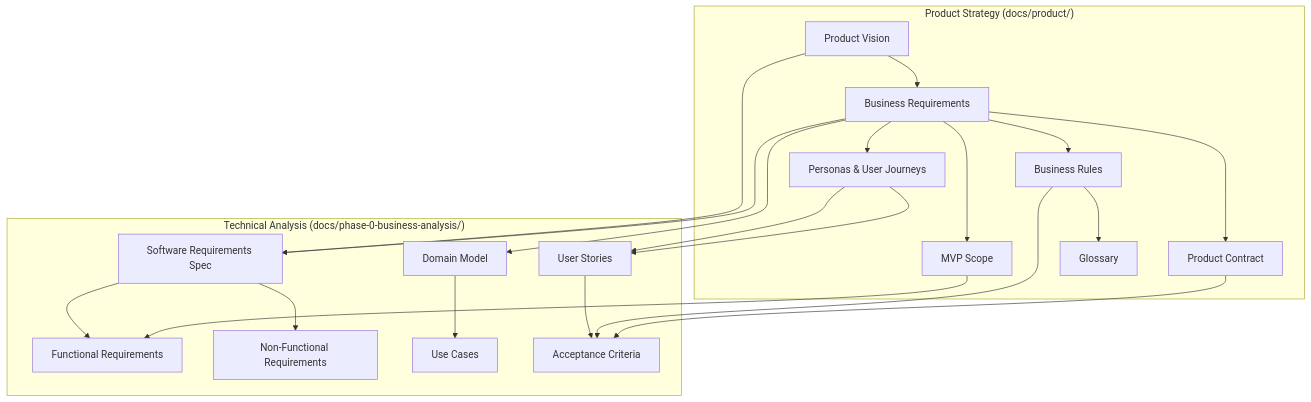
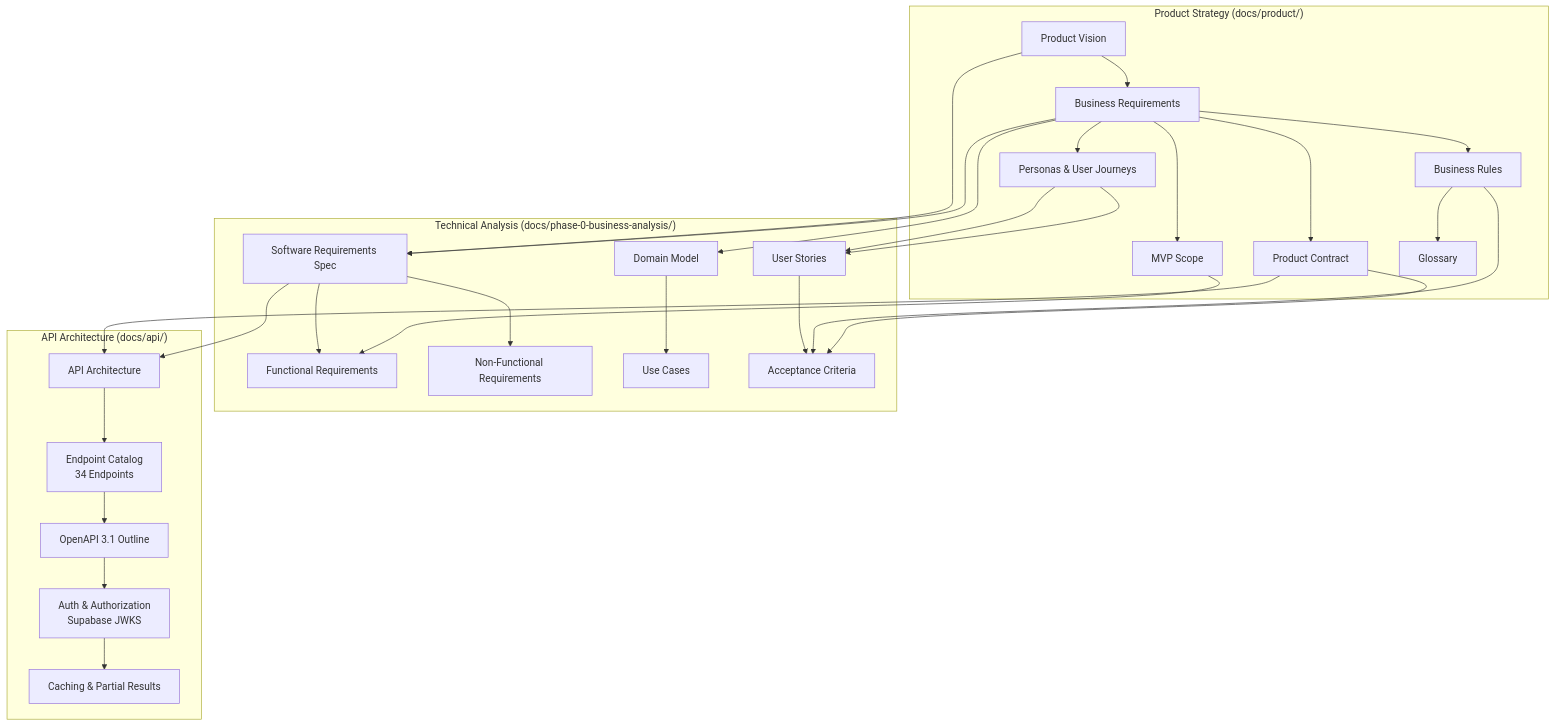
One commit to od3n/forecastiq changed the first of 8 diagrams in .qoder/repowiki/en/content/Business Requirements & Analysis.md. Above: the diagram before and after it, drawn with Mermaid. The commit also changed other lines of this file and 3 other files, not shown here.

````diff
--- a/.qoder/repowiki/en/content/Business Requirements & Analysis.md
+++ b/.qoder/repowiki/en/content/Business Requirements & Analysis.md
@@ -70,25 +85,33 @@
 ```mermaid
 graph TB
 subgraph "Product Strategy (docs/product/)"
 PV["Product Vision"] --> BR["Business Requirements"]
 BR --> MVP["MVP Scope"]
 BR --> PERS["Personas & User Journeys"]
 BR --> RULES["Business Rules"]
 BR --> CONTRACT["Product Contract"]
 RULES --> GLOSSARY["Glossary"]
 end
 subgraph "Technical Analysis (docs/phase-0-business-analysis/)"
 SRS["Software Requirements Spec"] --> FR["Functional Requirements"]
 SRS --> NFR["Non-Functional Requirements"]
 BR --> DM["Domain Model"]
 DM --> UC["Use Cases"]
 PERS --> US["User Stories"]
 US --> AC["Acceptance Criteria"]
 end
+subgraph "API Architecture (docs/api/)"
+API_ARCH["API Architecture"] --> ENDPOINTS["Endpoint Catalog<br/>34 Endpoints"]
+ENDPOINTS --> OPENAPI["OpenAPI 3.1 Outline"]
+OPENAPI --> AUTH["Auth & Authorization<br/>Supabase JWKS"]
+AUTH --> CACHING["Caching & Partial Results"]
+CONTRACT --> API_ARCH
+SRS --> API_ARCH
+end
 PV --> SRS
 BR --> SRS
 MVP --> FR
 PERS --> US
 RULES --> AC
 CONTRACT --> AC
 ```
````
